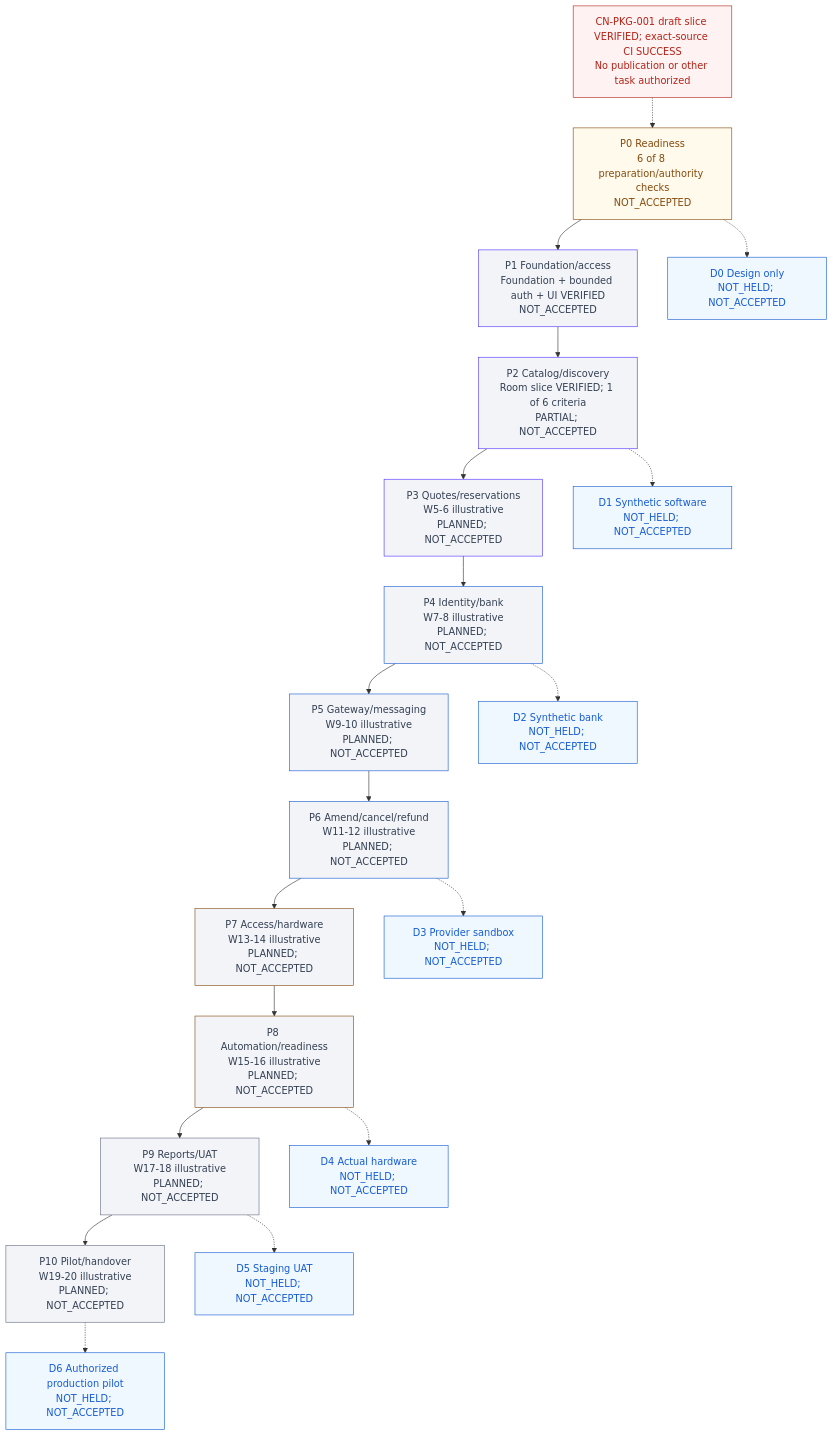
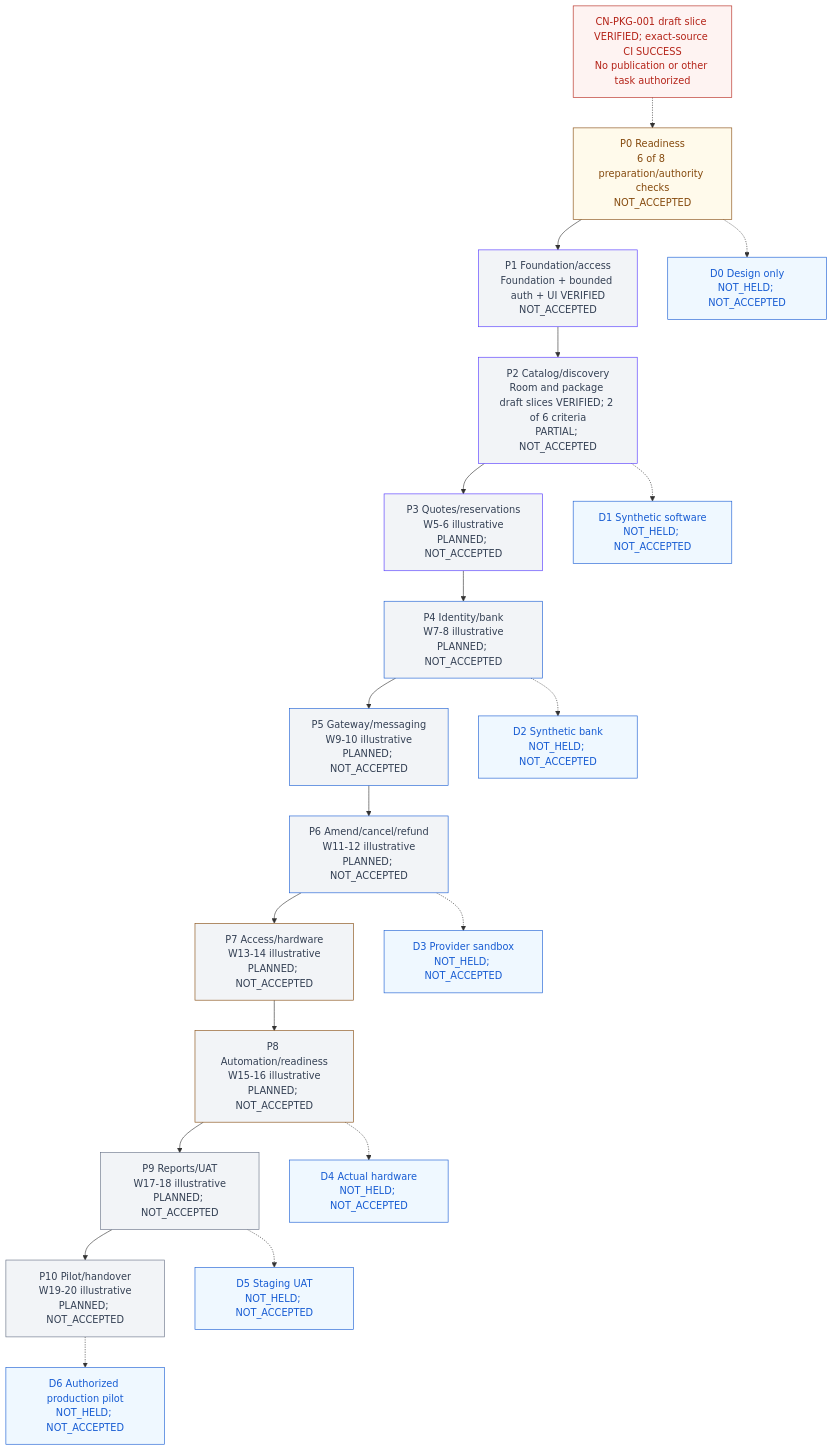
Before and after one commit to Hasitha3513/Theater-Project: the diagram in knowledge/PROGRESS.md, drawn with Mermaid. The commit also changed other lines of this file and 42 other files, not shown here.

````diff
--- a/knowledge/PROGRESS.md
+++ b/knowledge/PROGRESS.md
@@ -305,45 +305,45 @@
 ```mermaid
 flowchart TB
   G["CN-PKG-001 draft slice VERIFIED; exact-source CI SUCCESS<br/>No publication or other task authorized"]
   P0["P0 Readiness<br/>6 of 8 preparation/authority checks<br/>NOT_ACCEPTED"]
   P1["P1 Foundation/access<br/>Foundation + bounded auth + UI VERIFIED<br/>NOT_ACCEPTED"]
-  P2["P2 Catalog/discovery<br/>Room slice VERIFIED; 1 of 6 criteria<br/>PARTIAL; NOT_ACCEPTED"]
+  P2["P2 Catalog/discovery<br/>Room and package draft slices VERIFIED; 2 of 6 criteria<br/>PARTIAL; NOT_ACCEPTED"]
   P3["P3 Quotes/reservations<br/>W5-6 illustrative<br/>PLANNED; NOT_ACCEPTED"]
   P4["P4 Identity/bank<br/>W7-8 illustrative<br/>PLANNED; NOT_ACCEPTED"]
   P5["P5 Gateway/messaging<br/>W9-10 illustrative<br/>PLANNED; NOT_ACCEPTED"]
   P6["P6 Amend/cancel/refund<br/>W11-12 illustrative<br/>PLANNED; NOT_ACCEPTED"]
   P7["P7 Access/hardware<br/>W13-14 illustrative<br/>PLANNED; NOT_ACCEPTED"]
   P8["P8 Automation/readiness<br/>W15-16 illustrative<br/>PLANNED; NOT_ACCEPTED"]
   P9["P9 Reports/UAT<br/>W17-18 illustrative<br/>PLANNED; NOT_ACCEPTED"]
   P10["P10 Pilot/handover<br/>W19-20 illustrative<br/>PLANNED; NOT_ACCEPTED"]
   G -.-> P0
   P0 --> P1 --> P2 --> P3 --> P4 --> P5 --> P6 --> P7 --> P8 --> P9 --> P10
   D0["D0 Design only<br/>NOT_HELD; NOT_ACCEPTED"]
   D1["D1 Synthetic software<br/>NOT_HELD; NOT_ACCEPTED"]
   D2["D2 Synthetic bank<br/>NOT_HELD; NOT_ACCEPTED"]
   D3["D3 Provider sandbox<br/>NOT_HELD; NOT_ACCEPTED"]
   D4["D4 Actual hardware<br/>NOT_HELD; NOT_ACCEPTED"]
   D5["D5 Staging UAT<br/>NOT_HELD; NOT_ACCEPTED"]
   D6["D6 Authorized production pilot<br/>NOT_HELD; NOT_ACCEPTED"]
   P0 -.-> D0
   P2 -.-> D1
   P4 -.-> D2
   P6 -.-> D3
   P8 -.-> D4
   P9 -.-> D5
   P10 -.-> D6
   classDef readiness fill:#FFFAEB,color:#854A0E,stroke:#854A0E;
   classDef foundation fill:#F2F4F7,color:#344054,stroke:#5135FF;
   classDef financial fill:#F2F4F7,color:#344054,stroke:#175CD3;
   classDef physical fill:#F2F4F7,color:#344054,stroke:#854A0E;
   classDef release fill:#F2F4F7,color:#344054,stroke:#667085;
   classDef blocked fill:#FEF3F2,color:#B42318,stroke:#B42318;
   classDef demo fill:#EFF8FF,color:#175CD3,stroke:#175CD3;
   class P0 readiness;
   class P1,P2,P3 foundation;
   class P4,P5,P6 financial;
   class P7,P8 physical;
   class P9,P10 release;
   class G blocked;
   class D0,D1,D2,D3,D4,D5,D6 demo;
 ```
````
